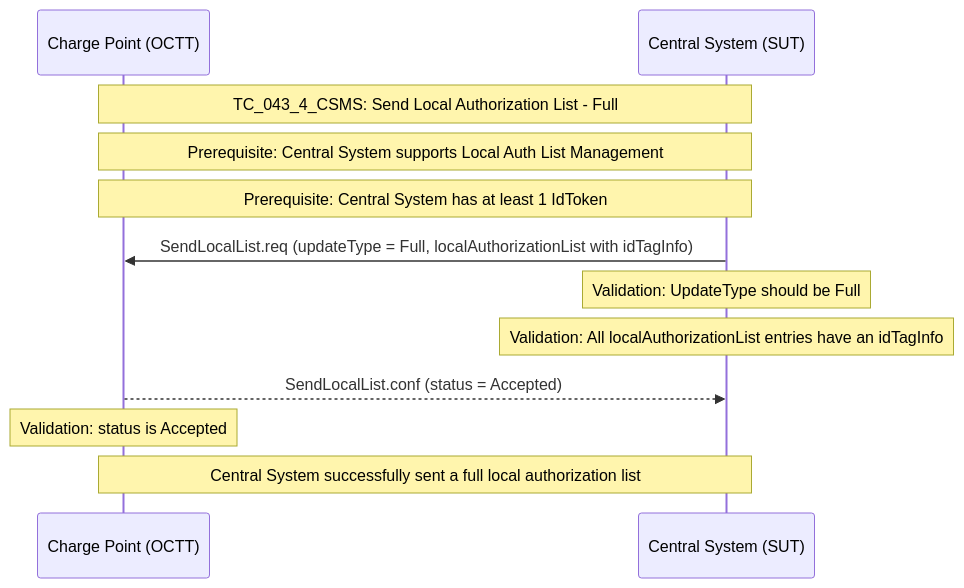
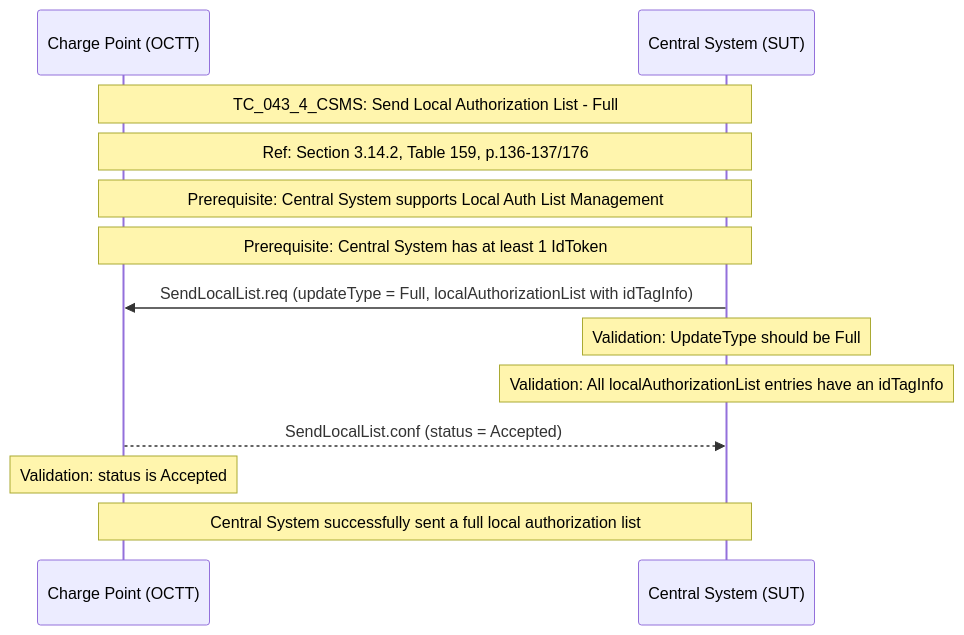
Before and after one commit to tzi-app/tzi-OCTT: the diagram in 1.6/test_tc_043_4_csms.mermaid, drawn with Mermaid. The commit also changed 173 other files, not shown here.

```diff
--- a/1.6/test_tc_043_4_csms.mermaid
+++ b/1.6/test_tc_043_4_csms.mermaid
@@ -1,16 +1,17 @@
 sequenceDiagram
     participant CP as Charge Point (OCTT)
     participant CS as Central System (SUT)
 
     Note over CP,CS: TC_043_4_CSMS: Send Local Authorization List - Full
+    Note over CP,CS: Ref: Section 3.14.2, Table 159, p.136-137/176
     Note over CP,CS: Prerequisite: Central System supports Local Auth List Management
     Note over CP,CS: Prerequisite: Central System has at least 1 IdToken
 
     CS->>CP: SendLocalList.req (updateType = Full, localAuthorizationList with idTagInfo)
     Note over CS: Validation: UpdateType should be Full
     Note over CS: Validation: All localAuthorizationList entries have an idTagInfo
 
     CP-->>CS: SendLocalList.conf (status = Accepted)
     Note over CP: Validation: status is Accepted
 
     Note over CP,CS: Central System successfully sent a full local authorization list
```
